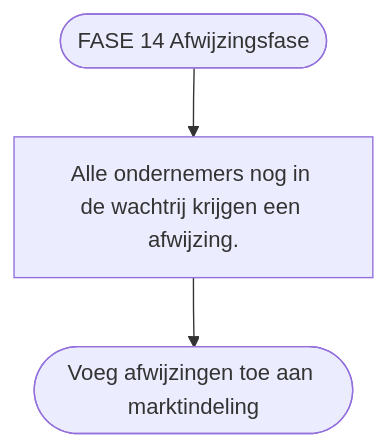
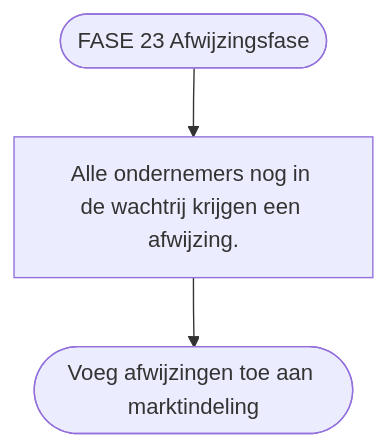
The diagram in diagrams/src/fase_23.mmd (Amsterdam/makkelijkemarkt-allocation), drawn with Mermaid before and after one commit. The commit also changed 2 other files, not shown here.

Commit message:
diagram tweaks, and debug test case

```diff
--- a/diagrams/src/fase_23.mmd
+++ b/diagrams/src/fase_23.mmd
@@ -1,4 +1,4 @@
 graph TD
-    A([FASE 14 Afwijzingsfase]) -->
+    A([FASE 23 Afwijzingsfase]) -->
     B[Alle ondernemers nog in de wachtrij krijgen een afwijzing.] -->
     C([Voeg afwijzingen toe aan marktindeling])
```
